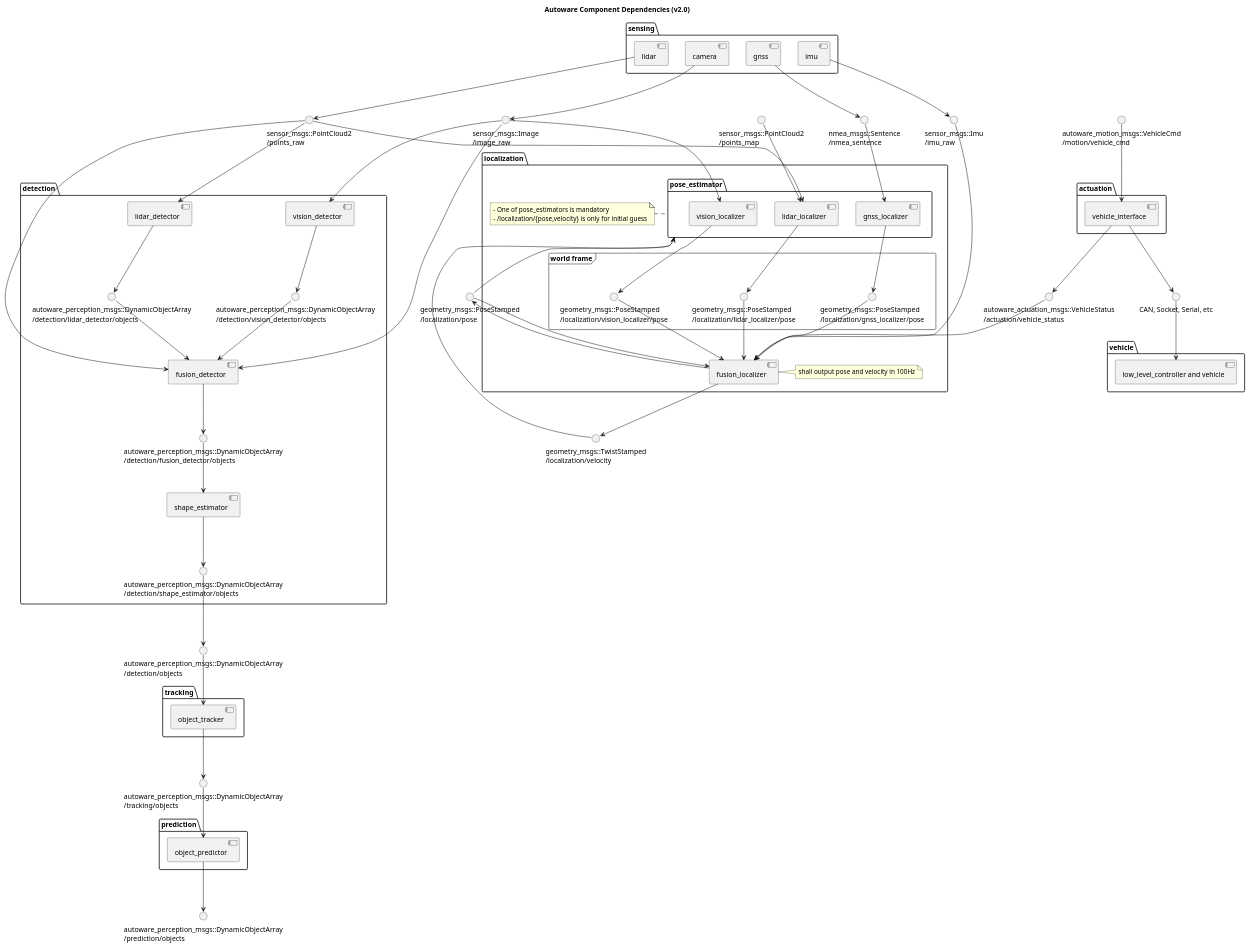
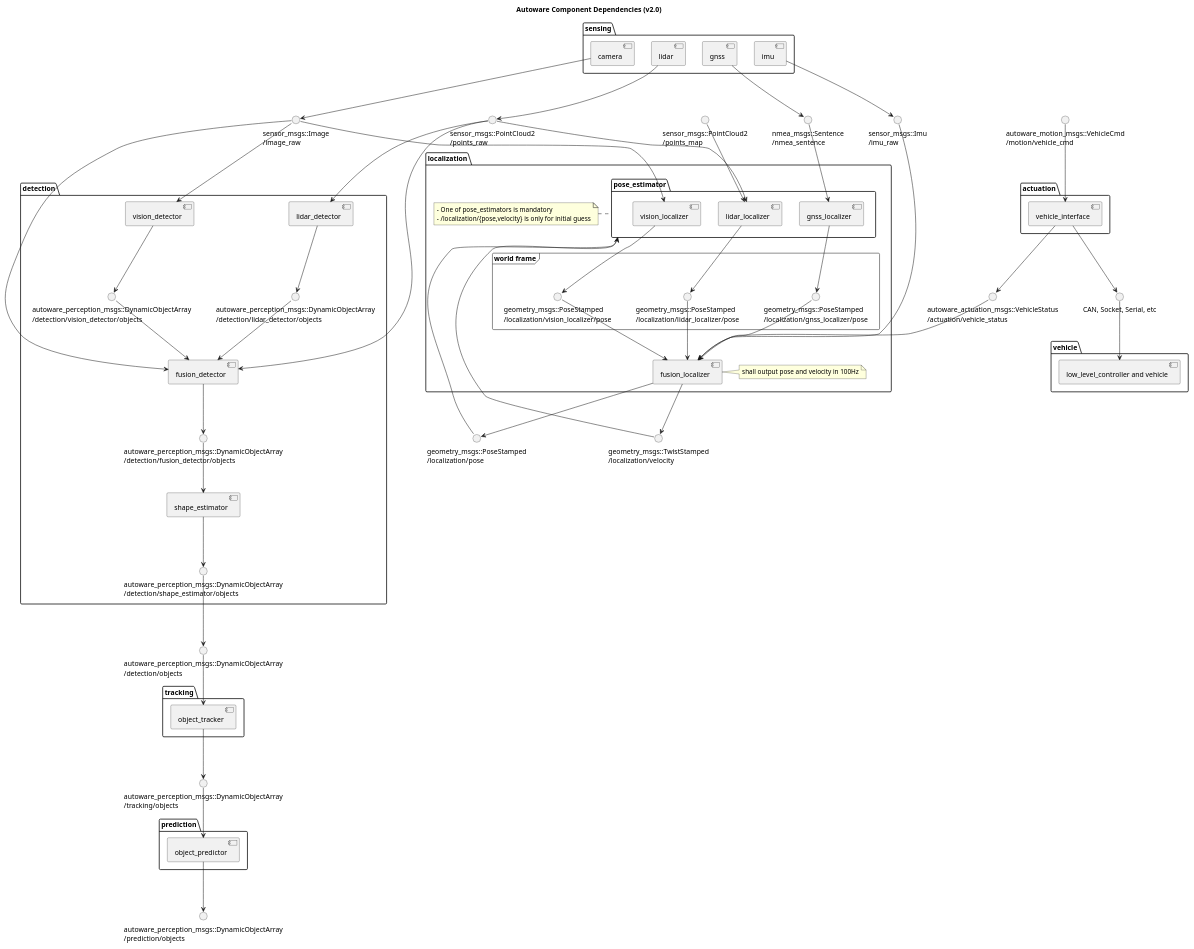
One commit to beenfhb/autoware changed the diagram in docs/architecture/ComponentDiagram.pu. Above: the diagram before and after it, drawn with PlantUML.

Commit message:
Remove current_pose --> fusion_localizer

```diff
--- a/docs/architecture/ComponentDiagram.pu
+++ b/docs/architecture/ComponentDiagram.pu
@@ -148,7 +148,6 @@
     vision_pose --> fusion_localizer
     vehicle_status --> fusion_localizer
     imu_raw --> fusion_localizer
-    current_pose --> fusion_localizer
     'outputs
     fusion_localizer --> current_pose
     fusion_localizer --> current_velocity
```
